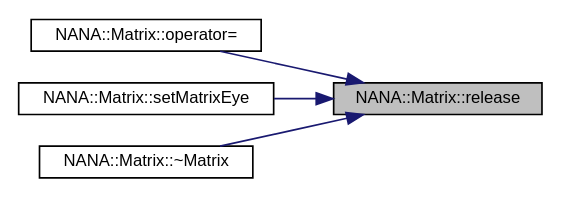
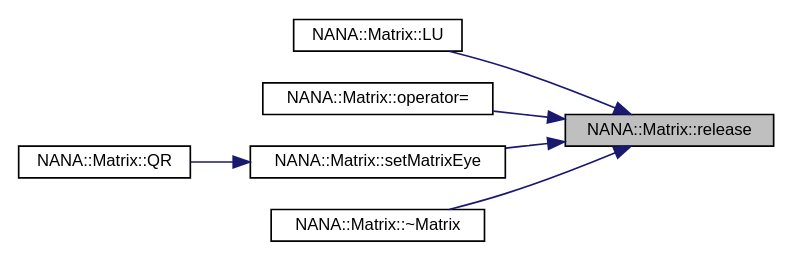
One commit to YuruTu/NANA changed the diagram in docs/class_n_a_n_a_1_1_matrix_af89b2a36817707cc891210384ac59f98_icgraph.dot. Above: the diagram before and after it, drawn with Graphviz. The commit also changed 47 other files, not shown here.

```diff
--- a/docs/class_n_a_n_a_1_1_matrix_af89b2a36817707cc891210384ac59f98_icgraph.dot
+++ b/docs/class_n_a_n_a_1_1_matrix_af89b2a36817707cc891210384ac59f98_icgraph.dot
@@ -1,14 +1,18 @@
 digraph "NANA::Matrix::release"
 {
  // LATEX_PDF_SIZE
   edge [fontname="Helvetica",fontsize="10",labelfontname="Helvetica",labelfontsize="10"];
   node [fontname="Helvetica",fontsize="10",shape=record];
   rankdir="RL";
   Node1 [label="NANA::Matrix::release",height=0.2,width=0.4,color="black", fillcolor="grey75", style="filled", fontcolor="black",tooltip="释放已申请的内存"];
   Node1 -> Node2 [dir="back",color="midnightblue",fontsize="10",style="solid",fontname="Helvetica"];
-  Node2 [label="NANA::Matrix::operator=",height=0.2,width=0.4,color="black", fillcolor="white", style="filled",URL="$class_n_a_n_a_1_1_matrix.html#af8f91cc9e267b3c55d0b8e6cb80351c4",tooltip="等于时"];
+  Node2 [label="NANA::Matrix::LU",height=0.2,width=0.4,color="black", fillcolor="white", style="filled",URL="$class_n_a_n_a_1_1_matrix.html#a4fa999237fe4b55b662bcd8e38707d1e",tooltip="实现矩阵的LU分解"];
   Node1 -> Node3 [dir="back",color="midnightblue",fontsize="10",style="solid",fontname="Helvetica"];
-  Node3 [label="NANA::Matrix::setMatrixEye",height=0.2,width=0.4,color="black", fillcolor="white", style="filled",URL="$class_n_a_n_a_1_1_matrix.html#a0a5423a5d4ad70b3225216b7a6542ee4",tooltip="将当前矩阵设置为单位矩阵"];
+  Node3 [label="NANA::Matrix::operator=",height=0.2,width=0.4,color="black", fillcolor="white", style="filled",URL="$class_n_a_n_a_1_1_matrix.html#af8f91cc9e267b3c55d0b8e6cb80351c4",tooltip="等于时"];
   Node1 -> Node4 [dir="back",color="midnightblue",fontsize="10",style="solid",fontname="Helvetica"];
-  Node4 [label="NANA::Matrix::~Matrix",height=0.2,width=0.4,color="black", fillcolor="white", style="filled",URL="$class_n_a_n_a_1_1_matrix.html#af6db31f44e0cedf29f256b35049a5d20",tooltip="矩阵的析构函数，释放申请的内存"];
+  Node4 [label="NANA::Matrix::setMatrixEye",height=0.2,width=0.4,color="black", fillcolor="white", style="filled",URL="$class_n_a_n_a_1_1_matrix.html#a0a5423a5d4ad70b3225216b7a6542ee4",tooltip="将当前矩阵设置为单位矩阵"];
+  Node4 -> Node5 [dir="back",color="midnightblue",fontsize="10",style="solid",fontname="Helvetica"];
+  Node5 [label="NANA::Matrix::QR",height=0.2,width=0.4,color="black", fillcolor="white", style="filled",URL="$class_n_a_n_a_1_1_matrix.html#a521948ec0114d2e2204782b2bfd11bb0",tooltip="基于豪斯荷尔德变换实现矩阵的QR分解"];
+  Node1 -> Node6 [dir="back",color="midnightblue",fontsize="10",style="solid",fontname="Helvetica"];
+  Node6 [label="NANA::Matrix::~Matrix",height=0.2,width=0.4,color="black", fillcolor="white", style="filled",URL="$class_n_a_n_a_1_1_matrix.html#af6db31f44e0cedf29f256b35049a5d20",tooltip="矩阵的析构函数，释放申请的内存"];
 }
```
